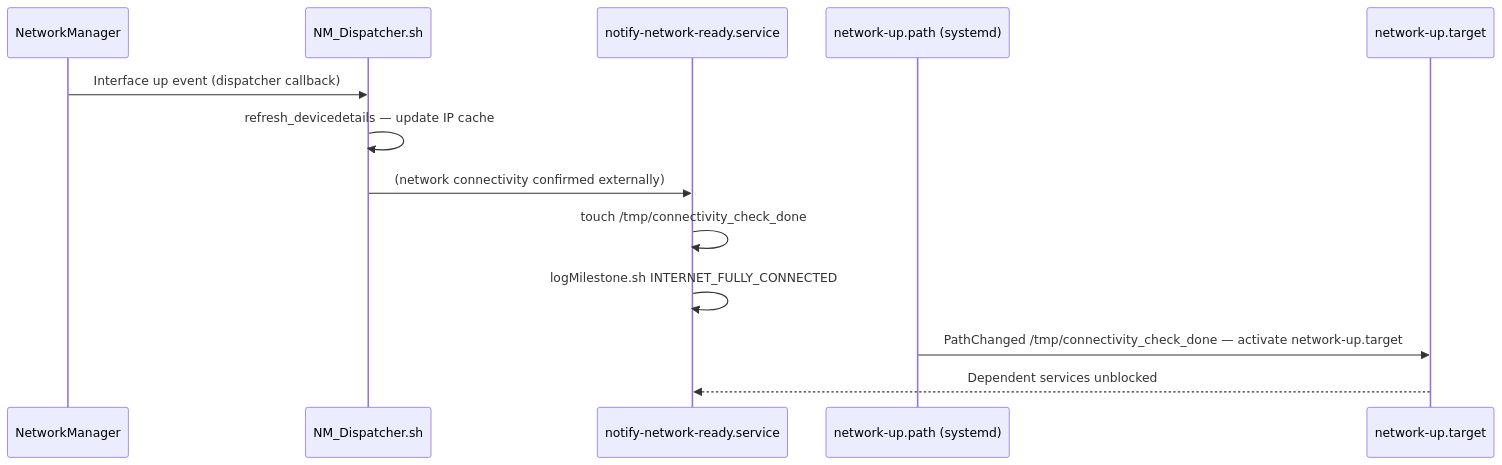
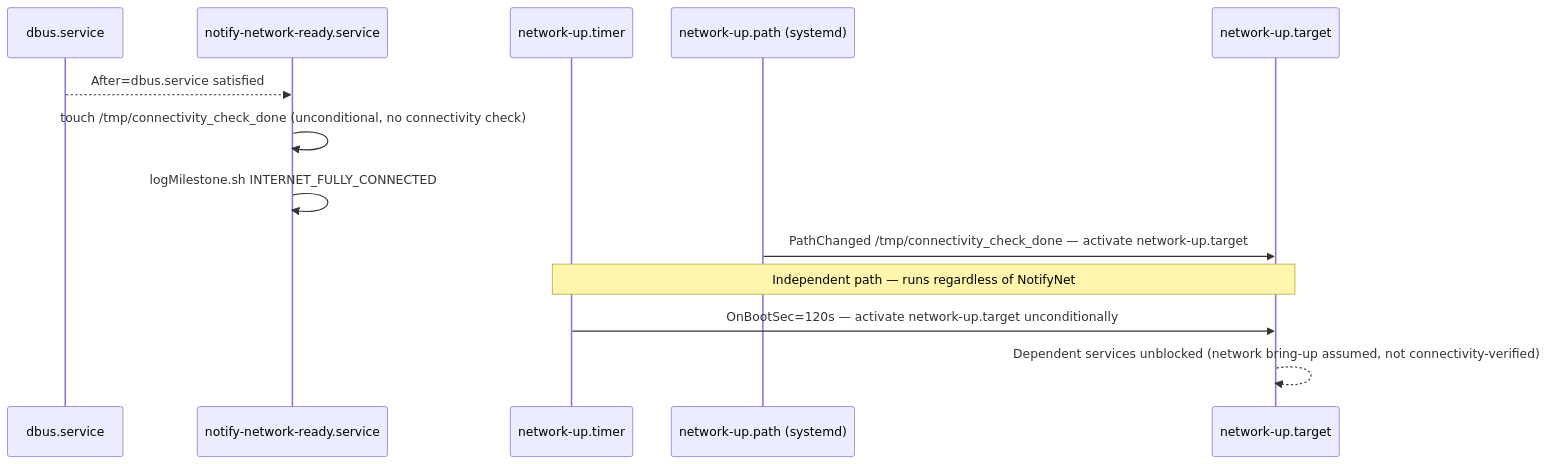
Before and after one commit to rdkcentral/sysint: the sixth of 6 diagrams in README.md, drawn with Mermaid. The commit also changed other lines of this file, not shown here.

````diff
--- a/README.md
+++ b/README.md
@@ -368,16 +536,17 @@
 ```mermaid
 sequenceDiagram
-    participant NMSvc as NetworkManager
-    participant NMDisp as NM_Dispatcher.sh
+    participant DBusSvc as dbus.service
     participant NotifyNet as notify-network-ready.service
+    participant NetUpTimer as network-up.timer
     participant NetUpPath as network-up.path (systemd)
     participant NetUpTgt as network-up.target
 
-    NMSvc->>NMDisp: Interface up event (dispatcher callback)
-    NMDisp->>NMDisp: refresh_devicedetails — update IP cache
-    NMDisp->>NotifyNet: (network connectivity confirmed externally)
-    NotifyNet->>NotifyNet: touch /tmp/connectivity_check_done
+    DBusSvc-->>NotifyNet: After=dbus.service satisfied
+    NotifyNet->>NotifyNet: touch /tmp/connectivity_check_done (unconditional, no connectivity check)
     NotifyNet->>NotifyNet: logMilestone.sh INTERNET_FULLY_CONNECTED
     NetUpPath->>NetUpTgt: PathChanged /tmp/connectivity_check_done — activate network-up.target
-    NetUpTgt-->>NotifyNet: Dependent services unblocked
+
+    Note over NetUpTimer,NetUpTgt: Independent path — runs regardless of NotifyNet
+    NetUpTimer->>NetUpTgt: OnBootSec=120s — activate network-up.target unconditionally
+    NetUpTgt-->>NetUpTgt: Dependent services unblocked (network bring-up assumed, not connectivity-verified)
 ```
````
